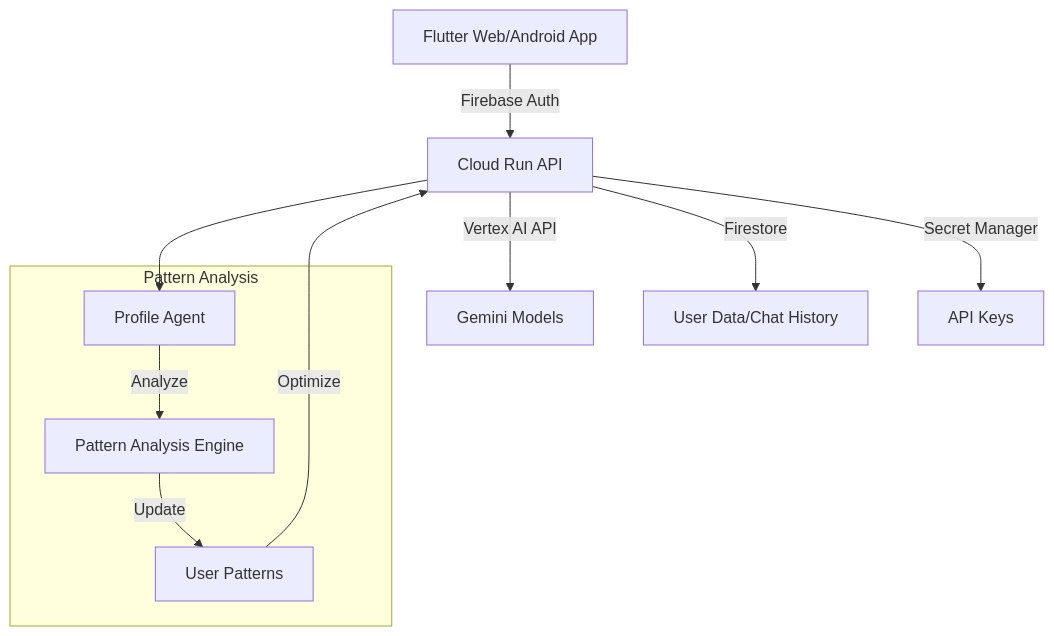
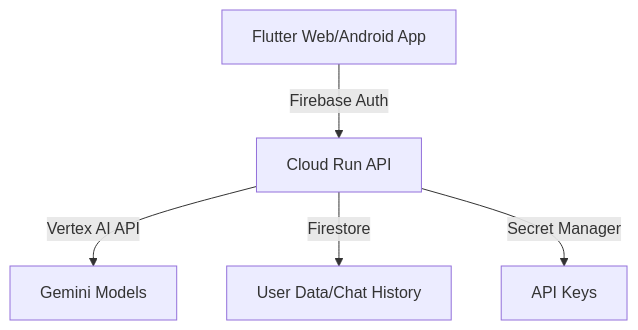
The diagram in docs/hackathon_entry_zenn.md (teeppp/chat_reflection_loop), drawn with Mermaid before and after one commit. The commit also changed other lines of this file, not shown here.

````diff
--- a/docs/hackathon_entry_zenn.md
+++ b/docs/hackathon_entry_zenn.md
@@ -51,15 +51,7 @@
 ```mermaid
 graph TB
     A[Flutter Web/Android App] -->|Firebase Auth| B[Cloud Run API]
     B -->|Vertex AI API| C[Gemini Models]
     B -->|Firestore| D[User Data/Chat History]
     B -->|Secret Manager| E[API Keys]
-    
-    subgraph "Pattern Analysis"
-    F[Profile Agent] -->|Analyze| G[Pattern Analysis Engine]
-    G -->|Update| H[User Patterns]
-    end
-    
-    B --> F
-    H -->|Optimize| B
 ```
````
